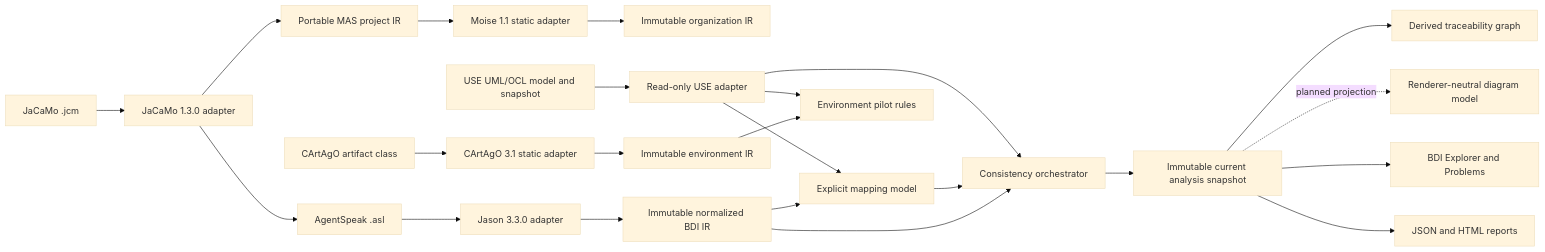
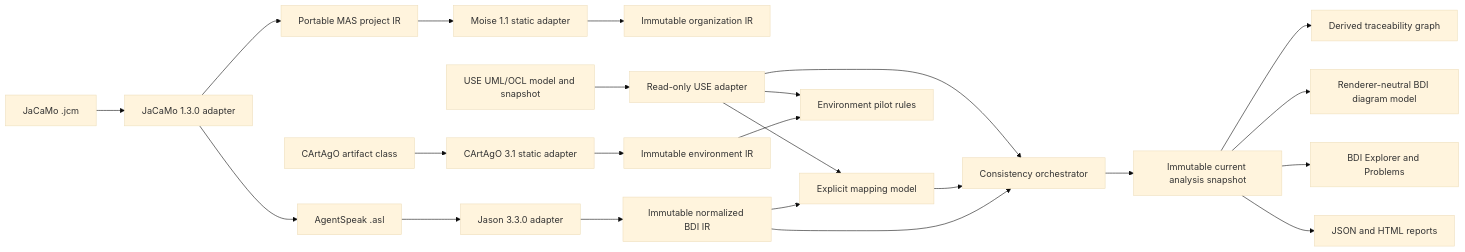
Before and after one commit to nguyentrungnghia1802/USE_BDI_Plugin: the diagram in docs/project/04_SYSTEM_ARCHITECTURE.md, drawn with Mermaid (base theme). The commit also changed other lines of this file and 8 other files, not shown here.

Commit message:
feat(diagram): project BDI snapshot structure

````diff
--- a/docs/project/04_SYSTEM_ARCHITECTURE.md
+++ b/docs/project/04_SYSTEM_ARCHITECTURE.md
@@ -8,25 +8,25 @@
 ```mermaid
 flowchart LR
   JCM[JaCaMo .jcm] --> JP[JaCaMo 1.3.0 adapter]
   JP --> MAS[Portable MAS project IR]
   MAS --> MO[Moise 1.1 static adapter]
   MO --> ORG[Immutable organization IR]
   JP --> ASL
   CARTAGO[CArtAgO artifact class] --> CA[CArtAgO 3.1 static adapter]
   CA --> ENV[Immutable environment IR]
   ASL[AgentSpeak .asl] --> JA[Jason 3.3.0 adapter]
   JA --> IR[Immutable normalized BDI IR]
   USE[USE UML/OCL model and snapshot] --> UA[Read-only USE adapter]
   IR --> MAP[Explicit mapping model]
   UA --> MAP
   IR --> VAL[Consistency orchestrator]
   MAP --> VAL
   UA --> VAL
   ENV --> EVAL[Environment pilot rules]
   UA --> EVAL
   VAL --> SNAP[Immutable current analysis snapshot]
   SNAP --> TRACE[Derived traceability graph]
-  SNAP -. planned projection .-> DIA[Renderer-neutral diagram model]
+  SNAP --> DIA[Renderer-neutral BDI diagram model]
   SNAP --> GUI[BDI Explorer and Problems]
   SNAP --> REP[JSON and HTML reports]
 ```
````
